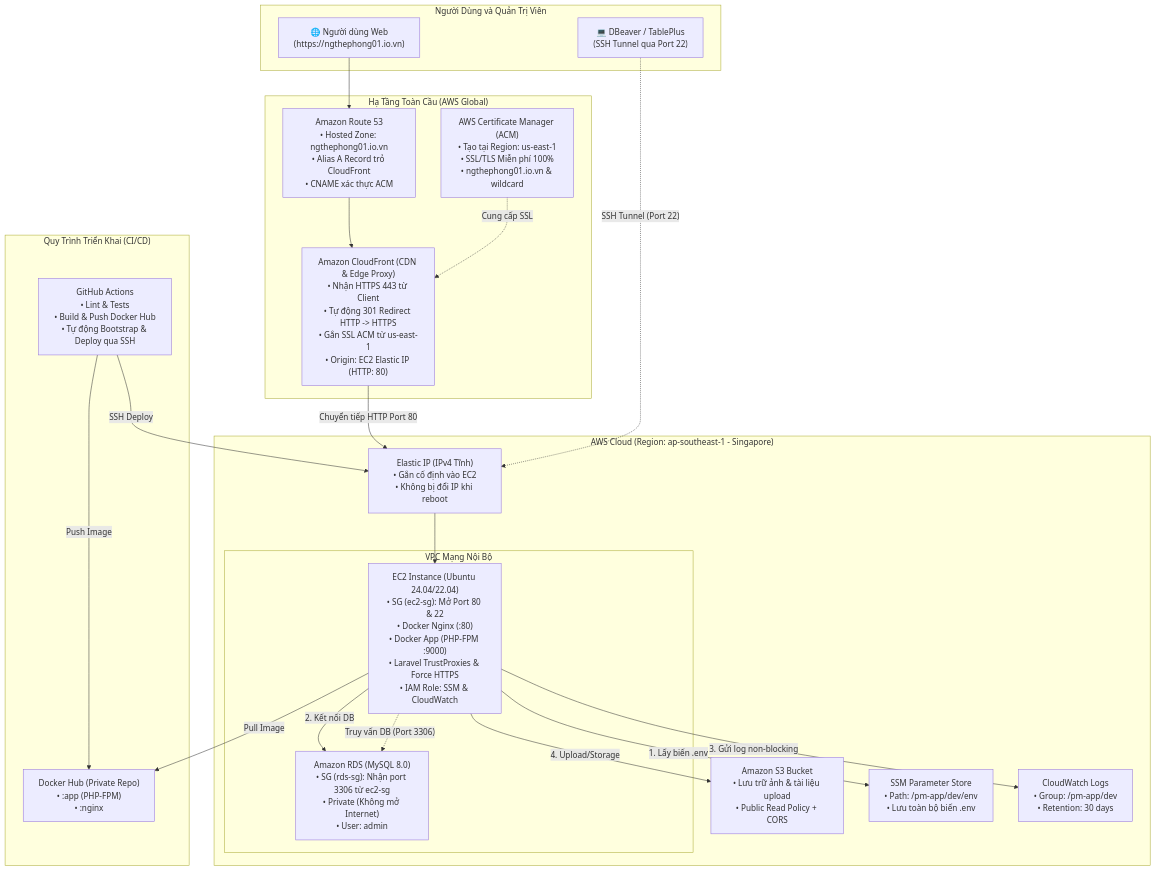
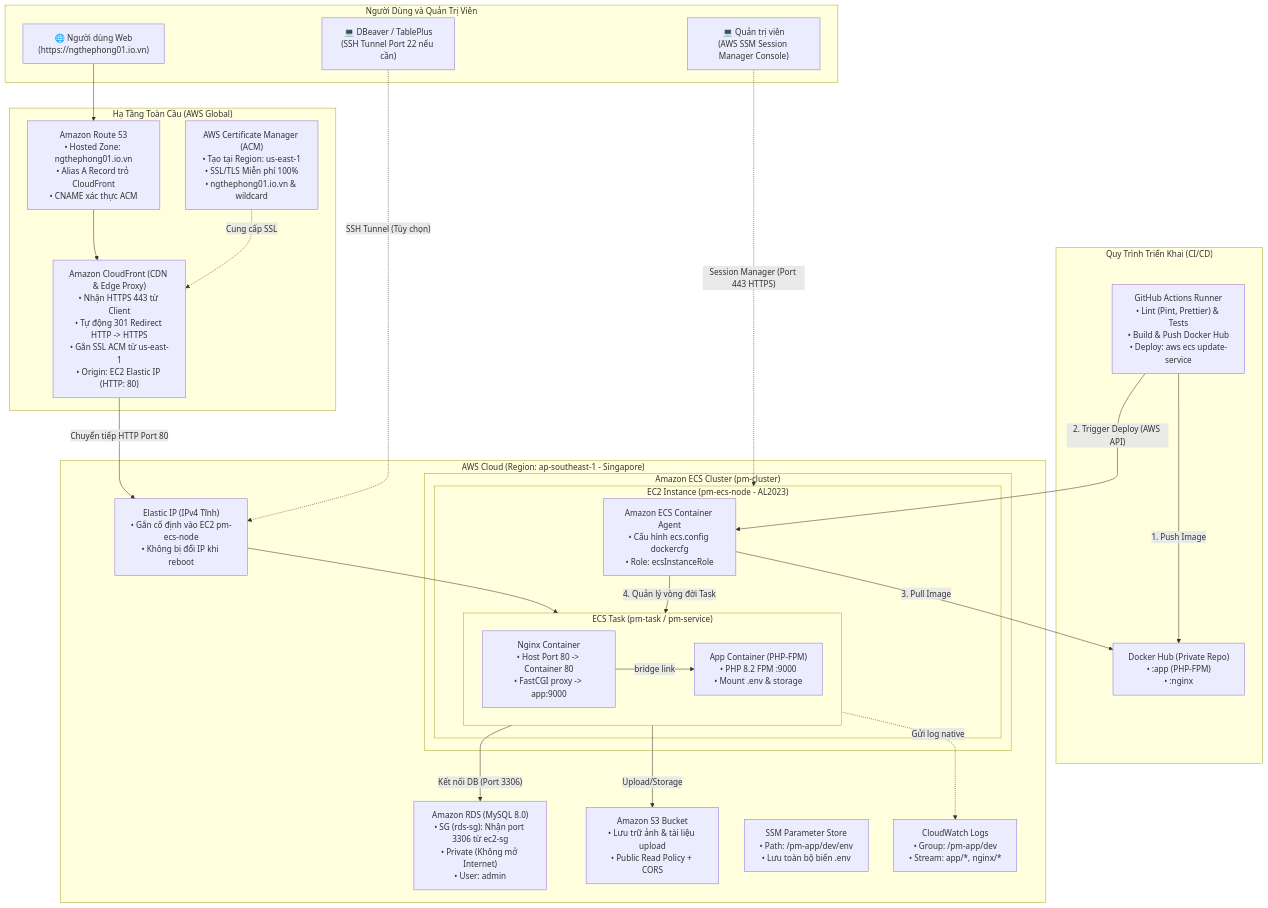
Before and after one commit to NgThePhong0608/project-management: the diagram in AWS_SETUP_GUIDE.md, drawn with Mermaid. The commit also changed other lines of this file and 1 other file, not shown here.

Commit message:
feat(infra): migrate deployment to Amazon ECS on EC2 and update documentation (#10)

````diff
--- a/AWS_SETUP_GUIDE.md
+++ b/AWS_SETUP_GUIDE.md
@@ -9,48 +9,58 @@
 ```mermaid
 flowchart TD
     subgraph ClientAndUsers ["Người Dùng và Quản Trị Viên"]
         User["🌐 Người dùng Web<br/>(https://ngthephong01.io.vn)"]
-        DevSSH["💻 DBeaver / TablePlus<br/>(SSH Tunnel qua Port 22)"]
+        DevSSM["💻 Quản trị viên<br/>(AWS SSM Session Manager Console)"]
+        DevSSH["💻 DBeaver / TablePlus<br/>(SSH Tunnel Port 22 nếu cần)"]
     end
 
     subgraph AWS_Global ["Hạ Tầng Toàn Cầu (AWS Global)"]
         R53["Amazon Route 53<br/>• Hosted Zone: ngthephong01.io.vn<br/>• Alias A Record trỏ CloudFront<br/>• CNAME xác thực ACM"]
         ACM["AWS Certificate Manager (ACM)<br/>• Tạo tại Region: us-east-1<br/>• SSL/TLS Miễn phí 100%<br/>• ngthephong01.io.vn & wildcard"]
         CF["Amazon CloudFront (CDN & Edge Proxy)<br/>• Nhận HTTPS 443 từ Client<br/>• Tự động 301 Redirect HTTP -> HTTPS<br/>• Gắn SSL ACM từ us-east-1<br/>• Origin: EC2 Elastic IP (HTTP: 80)"]
     end
 
     subgraph CI_CD ["Quy Trình Triển Khai (CI/CD)"]
-        Git["GitHub Actions<br/>• Lint & Tests<br/>• Build & Push Docker Hub<br/>• Tự động Bootstrap & Deploy qua SSH"]
+        Git["GitHub Actions Runner<br/>• Lint (Pint, Prettier) & Tests<br/>• Build & Push Docker Hub<br/>• Deploy: aws ecs update-service"]
         DHub["Docker Hub (Private Repo)<br/>• :app (PHP-FPM)<br/>• :nginx"]
     end
 
     subgraph AWS_VPC ["AWS Cloud (Region: ap-southeast-1 - Singapore)"]
-        EIP["Elastic IP (IPv4 Tĩnh)<br/>• Gắn cố định vào EC2<br/>• Không bị đổi IP khi reboot"]
+        EIP["Elastic IP (IPv4 Tĩnh)<br/>• Gắn cố định vào EC2 pm-ecs-node<br/>• Không bị đổi IP khi reboot"]
 
-        subgraph VPC ["VPC Mạng Nội Bộ"]
-            EC2["EC2 Instance (Ubuntu 24.04/22.04)<br/>• SG (ec2-sg): Mở Port 80 & 22<br/>• Docker Nginx (:80)<br/>• Docker App (PHP-FPM :9000)<br/>• Laravel TrustProxies & Force HTTPS<br/>• IAM Role: SSM & CloudWatch"]
-            RDS["Amazon RDS (MySQL 8.0)<br/>• SG (rds-sg): Nhận port 3306 từ ec2-sg<br/>• Private (Không mở Internet)<br/>• User: admin"]
+        subgraph ECS_Cluster ["Amazon ECS Cluster (pm-cluster)"]
+            subgraph EC2_Node ["EC2 Instance (pm-ecs-node - AL2023)"]
+                Agent["Amazon ECS Container Agent<br/>• Cấu hình ecs.config dockercfg<br/>• Role: ecsInstanceRole"]
+                
+                subgraph Task ["ECS Task (pm-task / pm-service)"]
+                    direction LR
+                    Nginx["Nginx Container<br/>• Host Port 80 -> Container 80<br/>• FastCGI proxy -> app:9000"]
+                    App["App Container (PHP-FPM)<br/>• PHP 8.2 FPM :9000<br/>• Mount .env & storage"]
+                    Nginx -->|"bridge link"| App
+                end
+            end
         end
 
+        RDS["Amazon RDS (MySQL 8.0)<br/>• SG (rds-sg): Nhận port 3306 từ ec2-sg<br/>• Private (Không mở Internet)<br/>• User: admin"]
         S3["Amazon S3 Bucket<br/>• Lưu trữ ảnh & tài liệu upload<br/>• Public Read Policy + CORS"]
         SSM["SSM Parameter Store<br/>• Path: /pm-app/dev/env<br/>• Lưu toàn bộ biến .env"]
-        CW["CloudWatch Logs<br/>• Group: /pm-app/dev<br/>• Retention: 30 days"]
+        CW["CloudWatch Logs<br/>• Group: /pm-app/dev<br/>• Stream: app/*, nginx/*"]
     end
 
     User --> R53
     R53 --> CF
     ACM -.->|"Cung cấp SSL"| CF
     CF -->|"Chuyển tiếp HTTP Port 80"| EIP
-    EIP --> EC2
+    EIP --> Nginx
 
-    Git -->|"Push Image"| DHub
-    Git -->|"SSH Deploy"| EIP
-    EC2 -->|"Pull Image"| DHub
+    Git -->|"1. Push Image"| DHub
+    Git -->|"2. Trigger Deploy (AWS API)"| Agent
+    Agent -->|"3. Pull Image"| DHub
+    Agent -->|"4. Quản lý vòng đời Task"| Task
 
-    EC2 -->|"1. Lấy biến .env"| SSM
-    EC2 -->|"2. Kết nối DB"| RDS
-    EC2 -->|"3. Gửi log non-blocking"| CW
-    EC2 -->|"4. Upload/Storage"| S3
-    DevSSH -.->|"SSH Tunnel (Port 22)"| EIP
-    EC2 -.->|"Truy vấn DB (Port 3306)"| RDS
+    App -->|"Kết nối DB (Port 3306)"| RDS
+    App -->|"Upload/Storage"| S3
+    Task -.->|"Gửi log native"| CW
+    DevSSM -.->|"Session Manager (Port 443 HTTPS)"| EC2_Node
+    DevSSH -.->|"SSH Tunnel (Tùy chọn)"| EIP
 ```
````
